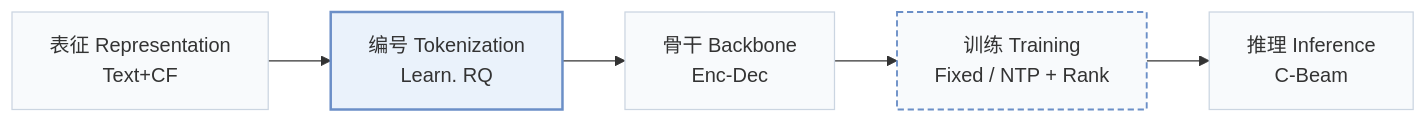
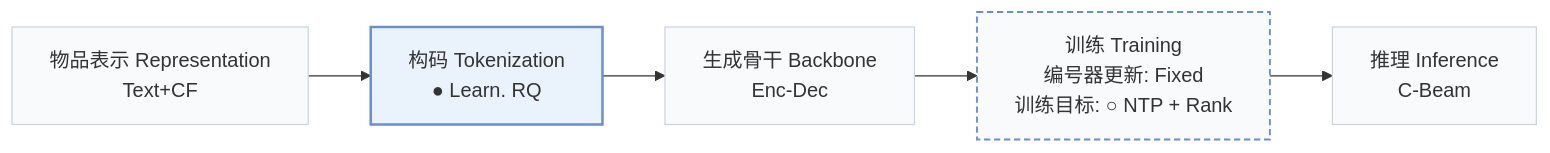
Before and after one commit to Galaxy-ghost/Awesome-SID-Generative-Rec: the first of 3 diagrams in pages/zh/papers/letter.md, drawn with Mermaid. The commit also changed other lines of this file and 558 other files, not shown here.

````diff
--- a/pages/zh/papers/letter.md
+++ b/pages/zh/papers/letter.md
@@ -15,10 +18,10 @@
 ```mermaid
 flowchart LR
-    R["表征 Representation<br/>Text+CF"] --> T["编号 Tokenization<br/>Learn. RQ"] --> B["骨干 Backbone<br/>Enc-Dec"] --> TR["训练 Training<br/>Fixed / NTP + Rank"] --> I["推理 Inference<br/>C-Beam"]
+    R["物品表示 Representation<br/>Text+CF"] --> T["构码 Tokenization<br/>● Learn. RQ"] --> B["生成骨干 Backbone<br/>Enc-Dec"] --> TR["训练 Training<br/>编号器更新: Fixed<br/>训练目标: ○ NTP + Rank"] --> I["推理 Inference<br/>C-Beam"]
     classDef base fill:#f8fafc,stroke:#cbd5e1
     class R,T,B,TR,I base
-    classDef also fill:#f8fafc,stroke:#6b8fc7,stroke-width:1.5px,stroke-dasharray:5 3
-    class TR also
+    classDef other fill:#f8fafc,stroke:#6b8fc7,stroke-width:1.5px,stroke-dasharray:5 3
+    class TR other
     classDef main fill:#eaf2fb,stroke:#6b8fc7,stroke-width:2px
     class T main
 ```
````
